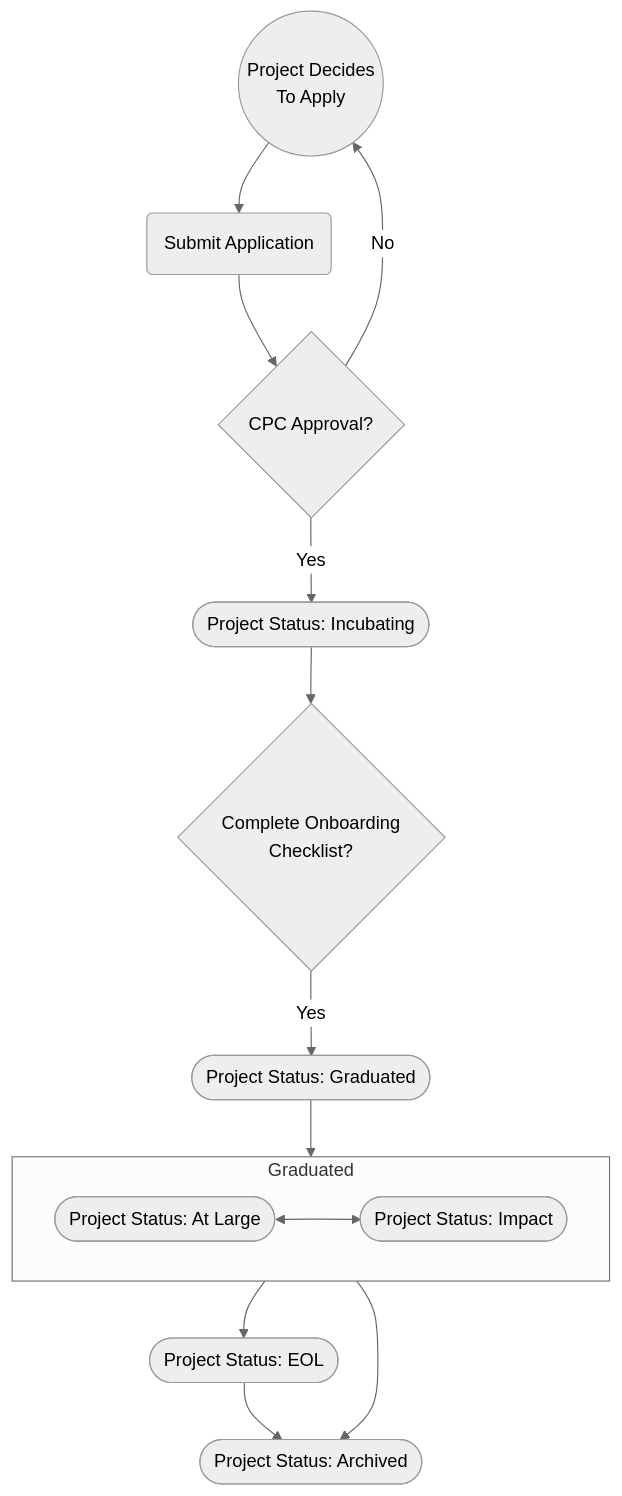
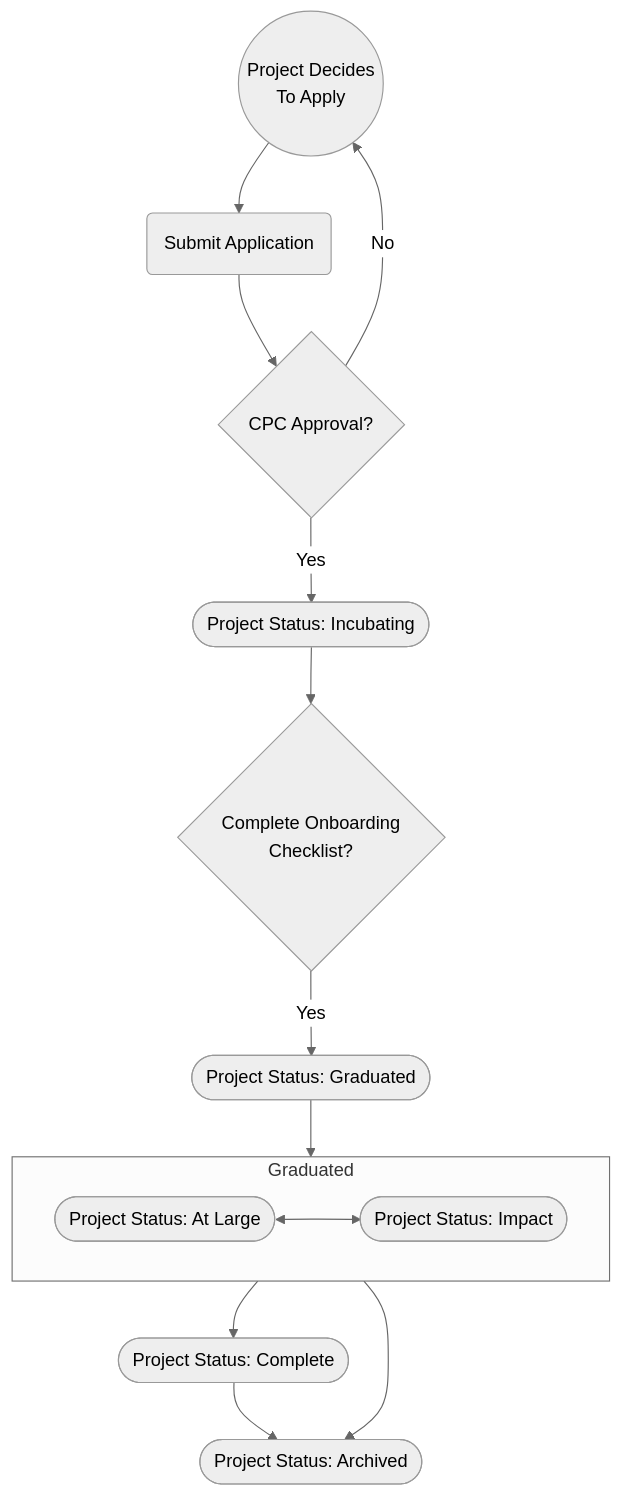
The diagram in PROJECT_PROGRESSION.md (openjs-foundation/cross-project-council), drawn with Mermaid (neutral theme) before and after one commit. The commit also changed other lines of this file, not shown here.

Commit message:
Updated end of life phase to be Complete

````diff
--- a/PROJECT_PROGRESSION.md
+++ b/PROJECT_PROGRESSION.md
@@ -17,19 +17,19 @@
 ```mermaid
 
 flowchart TD
     A((Project Decides\nTo Apply)) --> 
     B(Submit Application)
     B --> C{CPC Approval?}    
     C --> |No|A
     C --> |Yes|D([Project Status: Incubating])
     D --> E{Complete Onboarding\n Checklist?}
     E --> |Yes|F([Project Status: Graduated])
     F --> Graduated 
     subgraph Graduated
        direction LR
        a([Project Status: At Large]) <--> b([Project Status: Impact])
     end
-    Graduated --> H([Project Status: EOL])
+    Graduated --> H([Project Status: Complete])
     H -->I
     Graduated --> I([Project Status: Archived])
 ```
````
